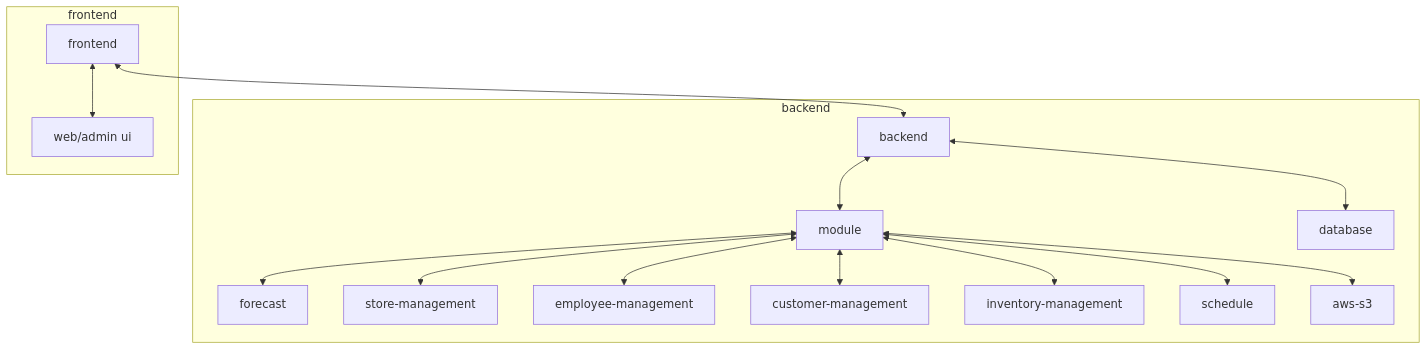
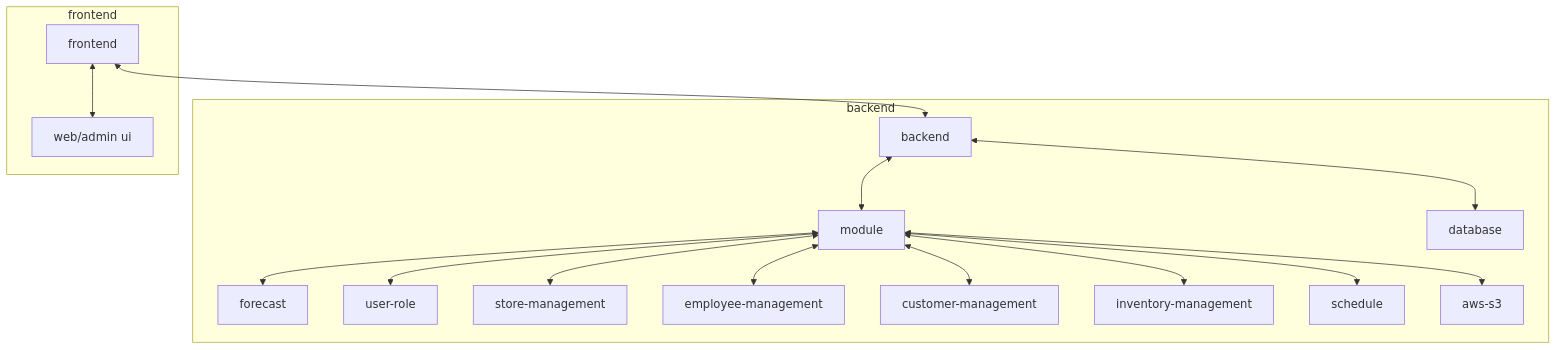
One commit to vutiendat2302/optima-product-winmart-system changed the first of 14 diagrams in README.md. Above: the diagram before and after it, drawn with Mermaid. The commit also changed other lines of this file and 2 other files, not shown here.

````diff
--- a/README.md
+++ b/README.md
@@ -7,26 +15,27 @@
 ``` mermaid
     flowchart BT
         subgraph frontend
             FE[frontend]
             W1[web/admin ui]
             W1 <--> FE
         end
 
         subgraph backend
             BE[backend]
             FM[forecast] <--> SM
             SM[module]
+            UR[user-role] <--> SM
             SMH[store-management] <--> SM
             EMH[employee-management] <--> SM
             CMH[customer-management] <--> SM
             WMH[inventory-management] <--> SM
             SC[schedule] <--> SM
             DB[database]
             SV[aws-s3] <--> SM
         end
 
         BE <--> FE
         SM <--> BE
         DB <--> BE
         
 ```
````
